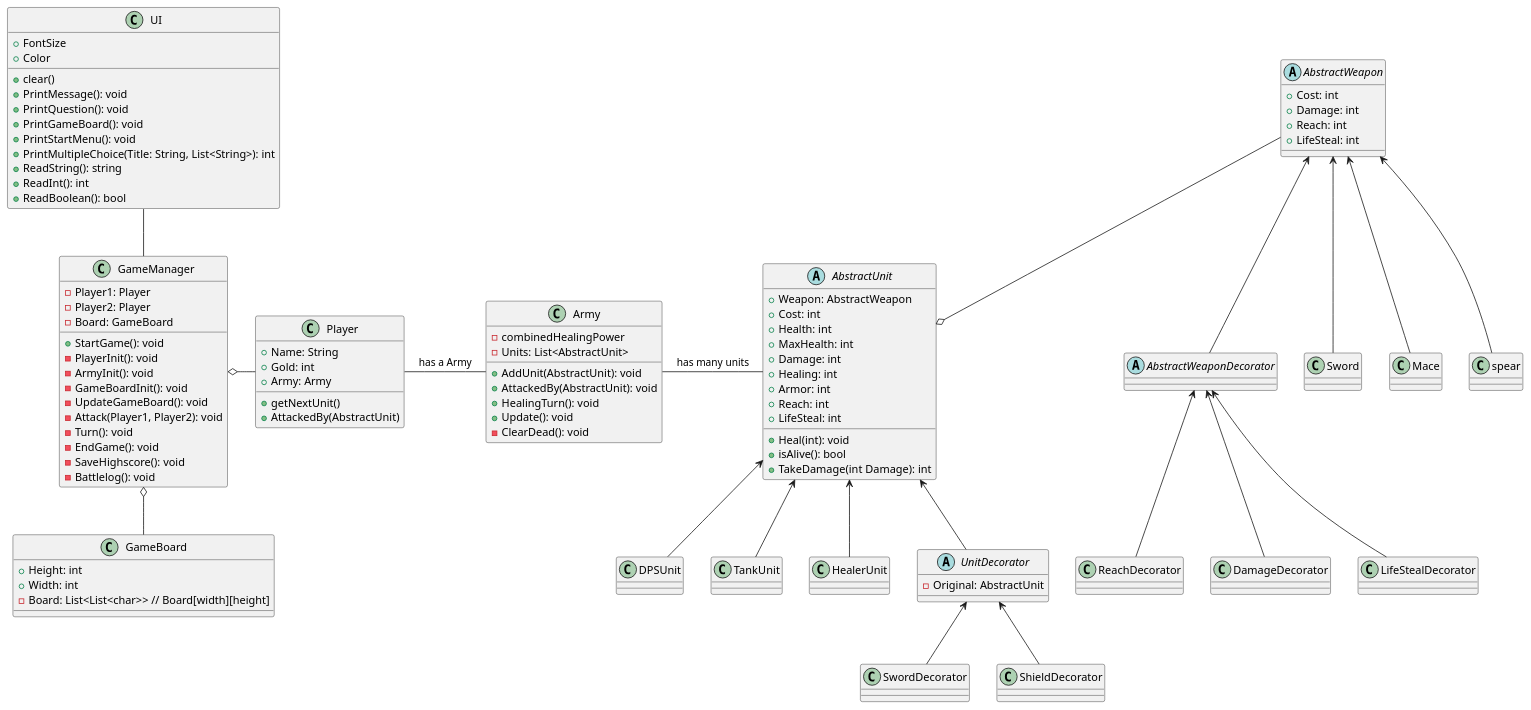
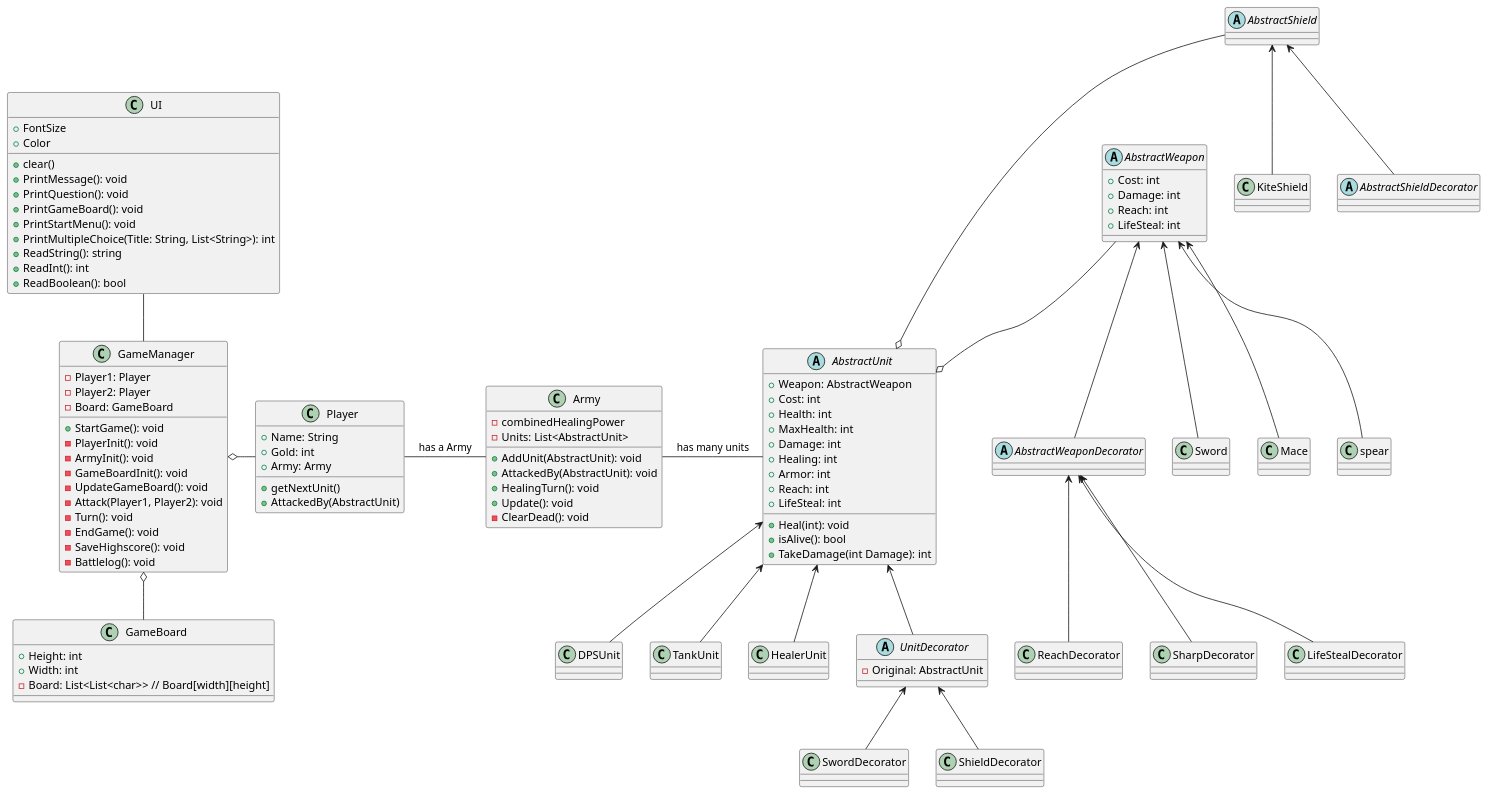
The diagram in SoftwareDesignEksamen/Eksamen.puml (Fargekritt/SoftwareDesignEksamen), drawn with PlantUML before and after one commit.

Commit message:
Updated UML for Shield

```diff
--- a/SoftwareDesignEksamen/Eksamen.puml
+++ b/SoftwareDesignEksamen/Eksamen.puml
@@ -1,118 +1,127 @@
 @startuml
 'https://plantuml.com/class-diagram
 class UI{
 + FontSize
 + Color
 + clear()
 + PrintMessage(): void
 + PrintQuestion(): void
 + PrintGameBoard(): void
 + PrintStartMenu(): void
 + PrintMultipleChoice(Title: String, List<String>): int
 + ReadString(): string
 + ReadInt(): int
 + ReadBoolean(): bool
 }
 class GameManager{
 - Player1: Player
 - Player2: Player
 - Board: GameBoard 
 + StartGame(): void
 - PlayerInit(): void
 - ArmyInit(): void
 - GameBoardInit(): void
 - UpdateGameBoard(): void
 - Attack(Player1, Player2): void
 - Turn(): void
 - EndGame(): void
 - SaveHighscore(): void
 - Battlelog(): void
 }
 class GameBoard{
 + Height: int
 + Width: int
 - Board: List<List<char>> // Board[width][height]
 }
 
 
 class Army {
 - combinedHealingPower
 - Units: List<AbstractUnit>
 + AddUnit(AbstractUnit): void
 + AttackedBy(AbstractUnit): void
 + HealingTurn(): void
 + Update(): void
 - ClearDead(): void
 }
 class Player{
 + Name: String
 + Gold: int
 + Army: Army
 + getNextUnit()
 + AttackedBy(AbstractUnit)
 }
 
 abstract class AbstractUnit{
 + Weapon: AbstractWeapon
 + Cost: int
 + Health: int
 + MaxHealth: int
 + Damage: int
 + Healing: int
 + Armor: int
 + Reach: int
 + Heal(int): void
 + LifeSteal: int
 + isAlive(): bool
 + TakeDamage(int Damage): int
 }
 class DPSUnit
 class TankUnit
 class HealerUnit
 abstract class UnitDecorator{
 - Original: AbstractUnit
 }
 class SwordDecorator
 class ShieldDecorator
 
 abstract class AbstractWeapon{
 + Cost: int
 + Damage: int
 + Reach: int
 + LifeSteal: int
 }
 
 abstract class AbstractWeaponDecorator
 class ReachDecorator
-class DamageDecorator
+class SharpDecorator
 class LifeStealDecorator
+
+abstract class AbstractShield
+class KiteShield
+
+abstract class AbstractShieldDecorator
 
 class Sword
 class Mace
 class spear
+
+AbstractShield <-- AbstractShieldDecorator
+AbstractShield <-- KiteShield
 
 AbstractWeapon <-- AbstractWeaponDecorator
 AbstractWeapon <-- Sword
 AbstractWeapon <-- Mace
 AbstractWeapon <-- spear
 
 AbstractWeaponDecorator <-- ReachDecorator
-AbstractWeaponDecorator <-- DamageDecorator
+AbstractWeaponDecorator <-- SharpDecorator
 AbstractWeaponDecorator <-- LifeStealDecorator
 
 UI -- GameManager
 GameManager o- Player
 GameManager o-- GameBoard
 Player - Army : has a Army
 Army - AbstractUnit : has many units
 AbstractWeapon --o AbstractUnit
+AbstractShield ---o AbstractUnit
 AbstractUnit <-- DPSUnit
 AbstractUnit <-- TankUnit
 AbstractUnit <-- HealerUnit
 AbstractUnit <-- UnitDecorator
 UnitDecorator <-- ShieldDecorator
 UnitDecorator <-- SwordDecorator
 
 
 
 @enduml
```
